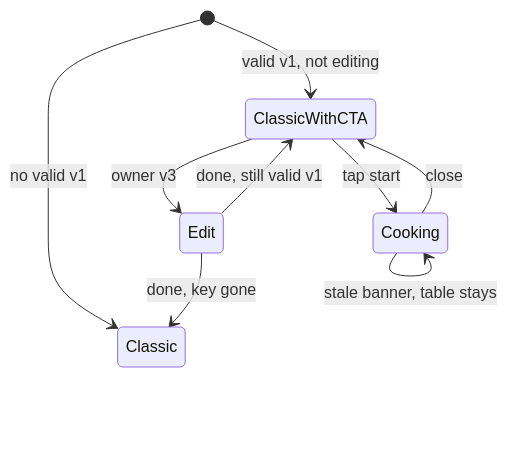
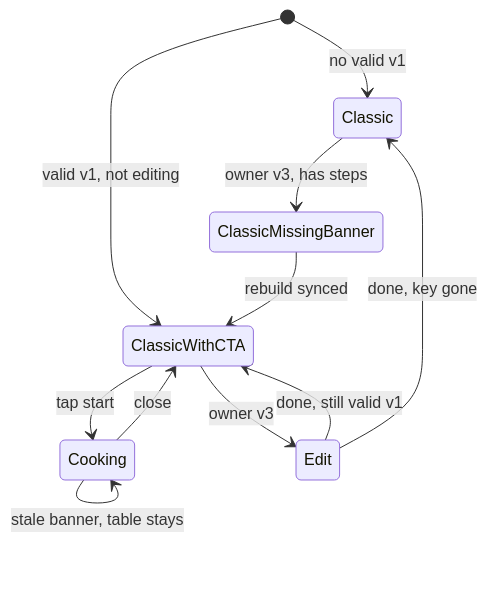
One commit to mikeozornin/recipe-scaler-native changed the diagram in specs/074-process-table/data-model.md. Above: the diagram before and after it, drawn with Mermaid. The commit also changed other lines of this file and 11 other files, not shown here.

First line of the commit message:
feat(074): show missing process table in view and tint rebuild errors red

````diff
--- a/specs/074-process-table/data-model.md
+++ b/specs/074-process-table/data-model.md
@@ -59,11 +59,13 @@
 ```mermaid
 stateDiagram-v2
   [*] --> Classic: no valid v1
   [*] --> ClassicWithCTA: valid v1, not editing
+  Classic --> ClassicMissingBanner: owner v3, has steps
+  ClassicMissingBanner --> ClassicWithCTA: rebuild synced
   ClassicWithCTA --> Cooking: tap start
   Cooking --> ClassicWithCTA: close
   ClassicWithCTA --> Edit: owner v3
   Edit --> ClassicWithCTA: done, still valid v1
   Edit --> Classic: done, key gone
   Cooking --> Cooking: stale banner, table stays
 ```
````
